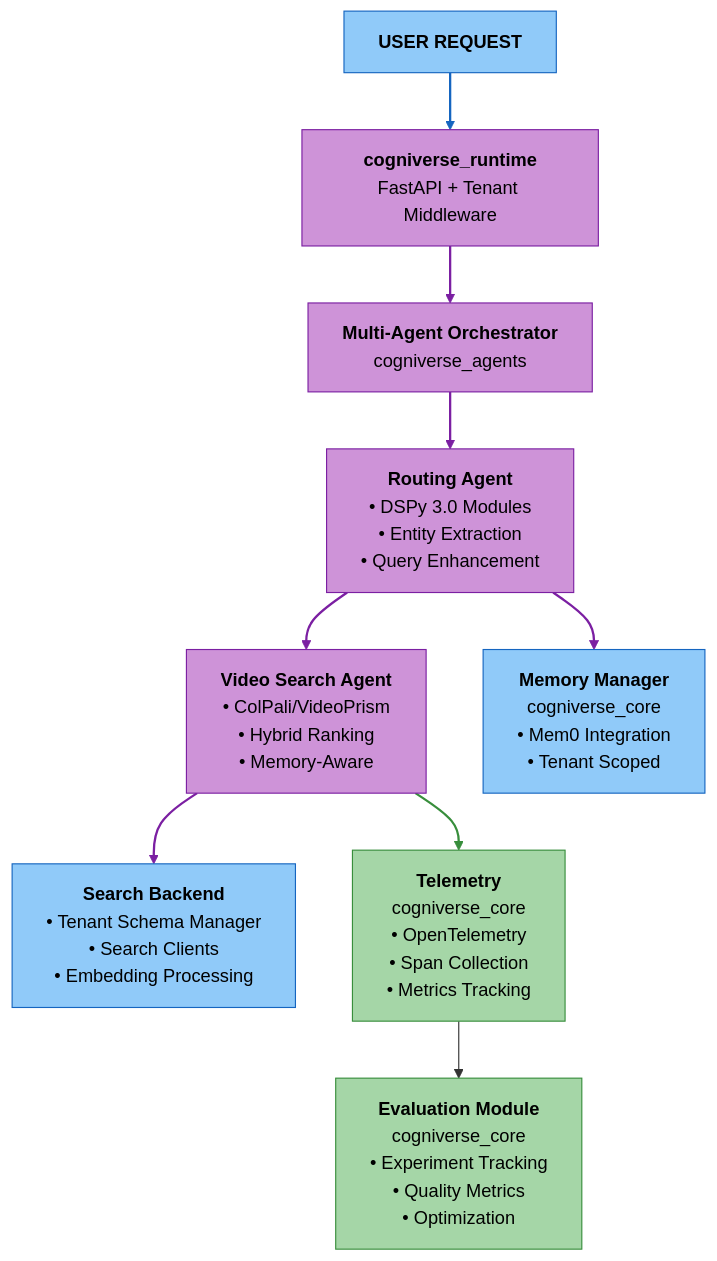
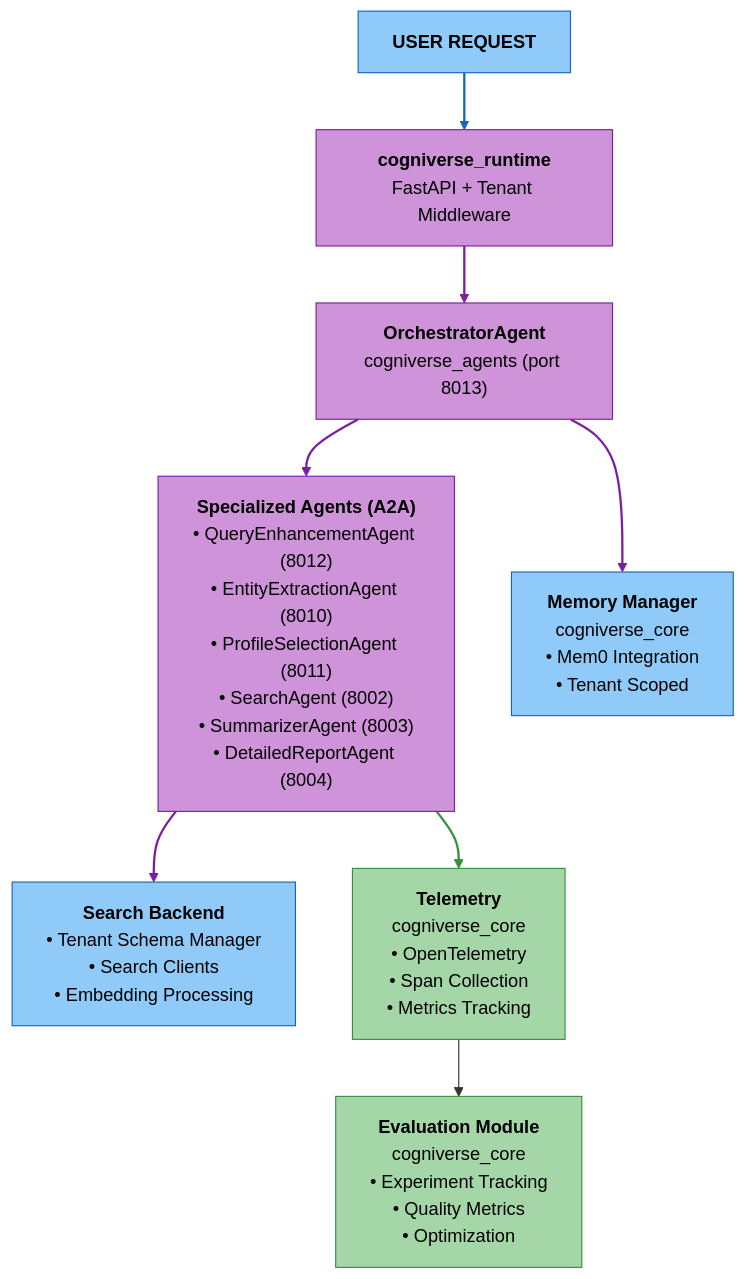
Before and after one commit to amit-jain/cogniverse: the fifth of 6 diagrams in docs/architecture/overview.md, drawn with Mermaid. The commit also changed other lines of this file and 137 other files, not shown here.

First line of the commit message:
Refactor agents to tenant-agnostic startup with per-request tenant routing

````diff
--- a/docs/architecture/overview.md
+++ b/docs/architecture/overview.md
@@ -479,32 +480,29 @@
 ```mermaid
 flowchart TB
     User["<span style='color:#000'><b>USER REQUEST</b></span>"] --> Runtime["<span style='color:#000'><b>cogniverse_runtime</b><br/>FastAPI + Tenant Middleware</span>"]
 
-    Runtime --> Orchestrator["<span style='color:#000'><b>Multi-Agent Orchestrator</b><br/>cogniverse_agents</span>"]
+    Runtime --> Orchestrator["<span style='color:#000'><b>OrchestratorAgent</b><br/>cogniverse_agents (port 8013)</span>"]
 
-    Orchestrator --> Routing["<span style='color:#000'><b>Routing Agent</b><br/>• DSPy 3.0 Modules<br/>• Entity Extraction<br/>• Query Enhancement</span>"]
+    Orchestrator --> Agents["<span style='color:#000'><b>Specialized Agents (A2A)</b><br/>• QueryEnhancementAgent (8012)<br/>• EntityExtractionAgent (8010)<br/>• ProfileSelectionAgent (8011)<br/>• SearchAgent (8002)<br/>• SummarizerAgent (8003)<br/>• DetailedReportAgent (8004)</span>"]
 
-    Routing --> VideoAgent["<span style='color:#000'><b>Video Search Agent</b><br/>• ColPali/VideoPrism<br/>• Hybrid Ranking<br/>• Memory-Aware</span>"]
+    Agents --> Backend["<span style='color:#000'><b>Search Backend</b><br/>• Tenant Schema Manager<br/>• Search Clients<br/>• Embedding Processing</span>"]
 
-    VideoAgent --> Backend["<span style='color:#000'><b>Search Backend</b><br/>• Tenant Schema Manager<br/>• Search Clients<br/>• Embedding Processing</span>"]
+    Orchestrator --> Memory["<span style='color:#000'><b>Memory Manager</b><br/>cogniverse_core<br/>• Mem0 Integration<br/>• Tenant Scoped</span>"]
 
-    Routing --> Memory["<span style='color:#000'><b>Memory Manager</b><br/>cogniverse_core<br/>• Mem0 Integration<br/>• Tenant Scoped</span>"]
-
-    VideoAgent --> Telemetry["<span style='color:#000'><b>Telemetry</b><br/>cogniverse_core<br/>• OpenTelemetry<br/>• Span Collection<br/>• Metrics Tracking</span>"]
+    Agents --> Telemetry["<span style='color:#000'><b>Telemetry</b><br/>cogniverse_core<br/>• OpenTelemetry<br/>• Span Collection<br/>• Metrics Tracking</span>"]
 
     Telemetry --> Evaluation["<span style='color:#000'><b>Evaluation Module</b><br/>cogniverse_core<br/>• Experiment Tracking<br/>• Quality Metrics<br/>• Optimization</span>"]
 
     style User fill:#90caf9,stroke:#1565c0,color:#000
     style Runtime fill:#ce93d8,stroke:#7b1fa2,color:#000
     style Orchestrator fill:#ce93d8,stroke:#7b1fa2,color:#000
-    style Routing fill:#ce93d8,stroke:#7b1fa2,color:#000
-    style VideoAgent fill:#ce93d8,stroke:#7b1fa2,color:#000
+    style Agents fill:#ce93d8,stroke:#7b1fa2,color:#000
     style Backend fill:#90caf9,stroke:#1565c0,color:#000
     style Memory fill:#90caf9,stroke:#1565c0,color:#000
     style Telemetry fill:#a5d6a7,stroke:#388e3c,color:#000
     style Evaluation fill:#a5d6a7,stroke:#388e3c,color:#000
 
     linkStyle 0 stroke:#1565c0,stroke-width:2px
-    linkStyle 1,2,3,4,5 stroke:#7b1fa2,stroke-width:2px
-    linkStyle 6 stroke:#388e3c,stroke-width:2px
+    linkStyle 1,2,3,4 stroke:#7b1fa2,stroke-width:2px
+    linkStyle 5 stroke:#388e3c,stroke-width:2px
 ```
````
